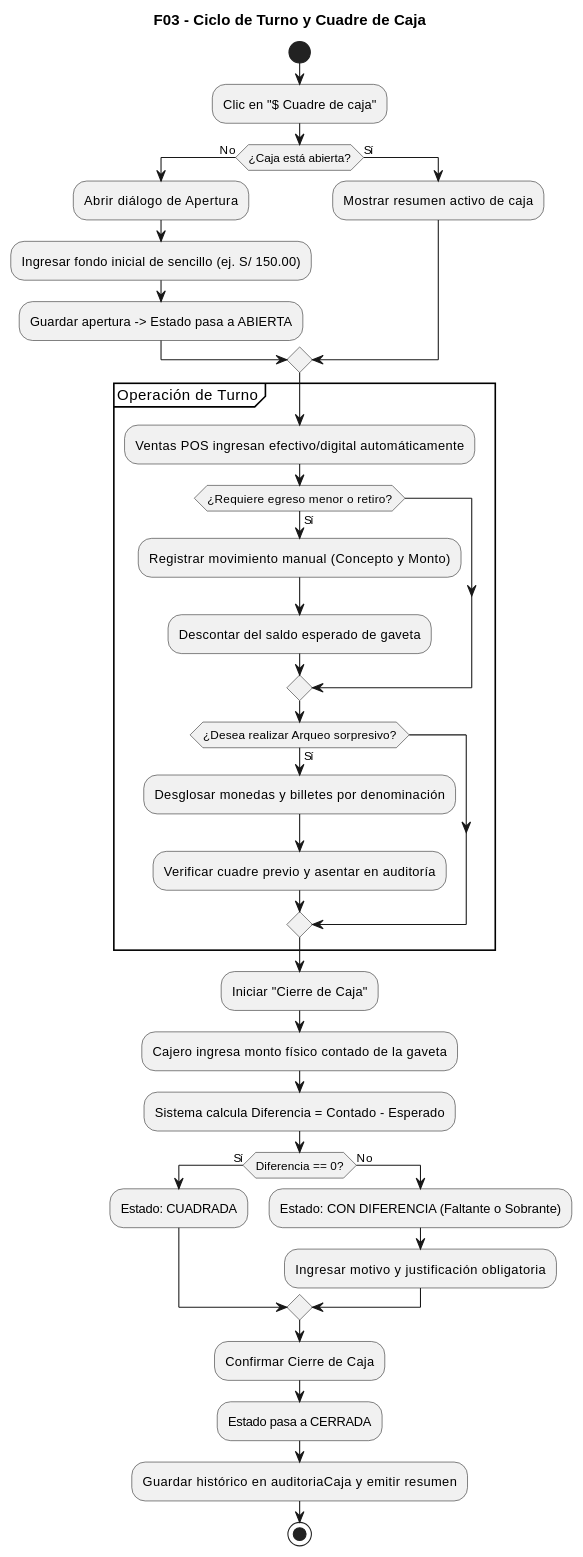
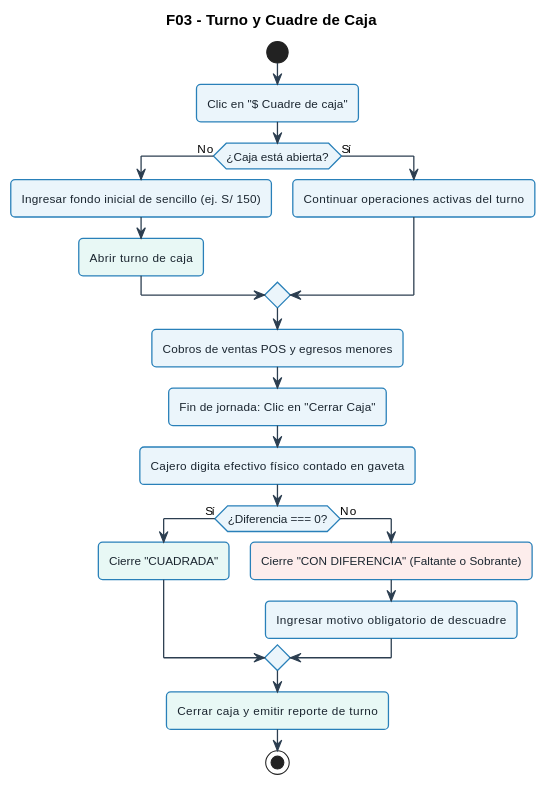
Before and after one commit to xmenil/ERP-KIPUS: the third of 11 diagrams in docs/UML-flujos/flujos-consolidados-kipu.md, drawn with PlantUML. The commit also changed other lines of this file and 23 other files, not shown here.

Commit message:
docs(uml): simplificar flujos con estilo Bizagi BPMN coloreado y regenerar imagenes PNG

````diff
--- a/docs/UML-flujos/flujos-consolidados-kipu.md
+++ b/docs/UML-flujos/flujos-consolidados-kipu.md
@@ -210,47 +173,55 @@
 ```plantuml
 @startuml
-skinparam monochrome true
+skinparam defaultFontName "Segoe UI", Arial, sans-serif
+skinparam defaultFontSize 11
+skinparam roundCorner 8
 skinparam shadowing false
+skinparam ArrowColor #2C3E50
+skinparam ArrowThickness 1.2
 
-title F03 - Ciclo de Turno y Cuadre de Caja
+skinparam activity {
+  BackgroundColor #EBF5FB
+  BorderColor #2980B9
+  BorderThickness 1.2
+  FontColor #1A252F
+}
+skinparam decision {
+  BackgroundColor #FEF9E7
+  BorderColor #F39C12
+  BorderThickness 1.2
+  FontColor #7D6608
+}
+skinparam start {
+  Color #27AE60
+}
+skinparam stop {
+  Color #C0392B
+}
+
+title F03 - Turno y Cuadre de Caja
 
 start
 :Clic en "$ Cuadre de caja";
 
 if (¿Caja está abierta?) then (No)
-  :Abrir diálogo de Apertura;
-  :Ingresar fondo inicial de sencillo (ej. S/ 150.00);
-  :Guardar apertura -> Estado pasa a ABIERTA;
+  :Ingresar fondo inicial de sencillo (ej. S/ 150);
+  #E8F8F5:Abrir turno de caja;
 else (Sí)
-  :Mostrar resumen activo de caja;
+  :Continuar operaciones activas del turno;
 endif
 
-partition "Operación de Turno" {
-  :Ventas POS ingresan efectivo/digital automáticamente;
-  if (¿Requiere egreso menor o retiro?) then (Sí)
-    :Registrar movimiento manual (Concepto y Monto);
-    :Descontar del saldo esperado de gaveta;
-  endif
-  if (¿Desea realizar Arqueo sorpresivo?) then (Sí)
-    :Desglosar monedas y billetes por denominación;
-    :Verificar cuadre previo y asentar en auditoría;
-  endif
-}
+:Cobros de ventas POS y egresos menores;
+:Fin de jornada: Clic en "Cerrar Caja";
+:Cajero digita efectivo físico contado en gaveta;
 
-:Iniciar "Cierre de Caja";
-:Cajero ingresa monto físico contado de la gaveta;
-:Sistema calcula Diferencia = Contado - Esperado;
-
-if (Diferencia == 0?) then (Sí)
-  :Estado: CUADRADA;
+if (¿Diferencia === 0?) then (Sí)
+  #E8F8F5:Cierre "CUADRADA";
 else (No)
-  :Estado: CON DIFERENCIA (Faltante o Sobrante);
-  :Ingresar motivo y justificación obligatoria;
+  #FDEDEC:Cierre "CON DIFERENCIA" (Faltante o Sobrante);
+  :Ingresar motivo obligatorio de descuadre;
 endif
 
-:Confirmar Cierre de Caja;
-:Estado pasa a CERRADA;
-:Guardar histórico en auditoriaCaja y emitir resumen;
+#E8F8F5:Cerrar caja y emitir reporte de turno;
 stop
 @enduml
 ```
````
